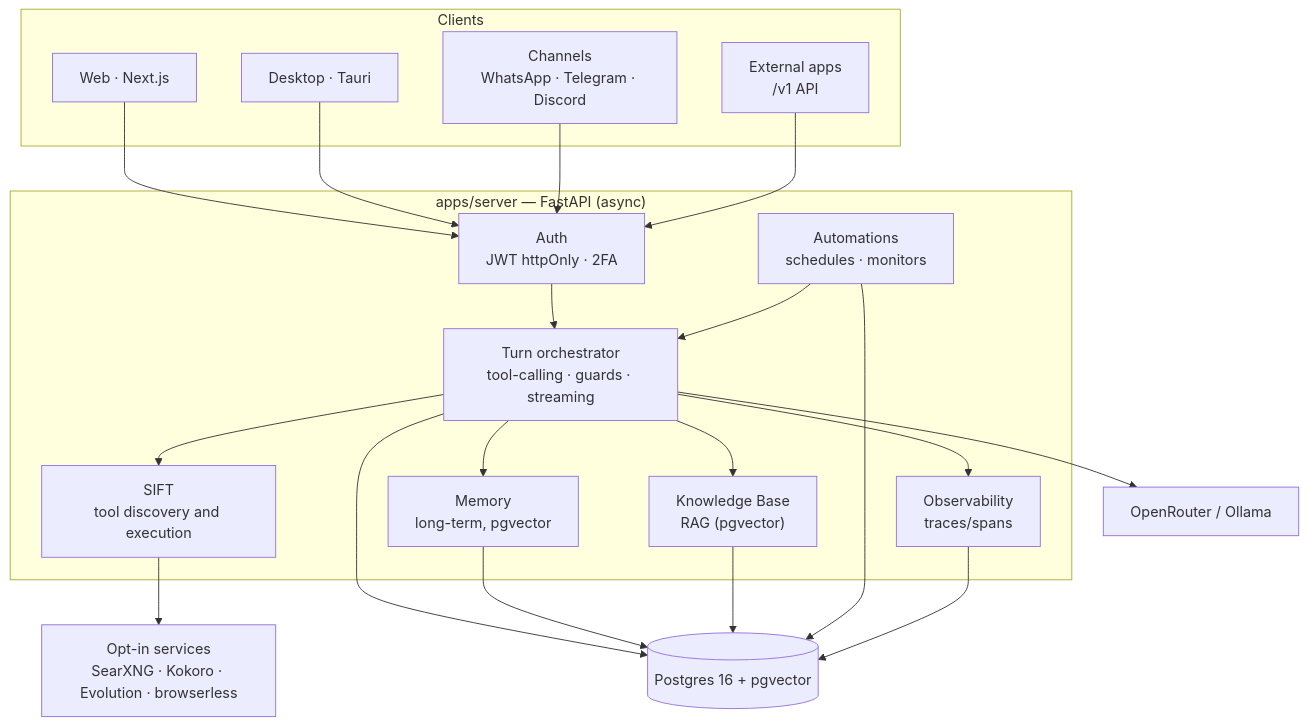
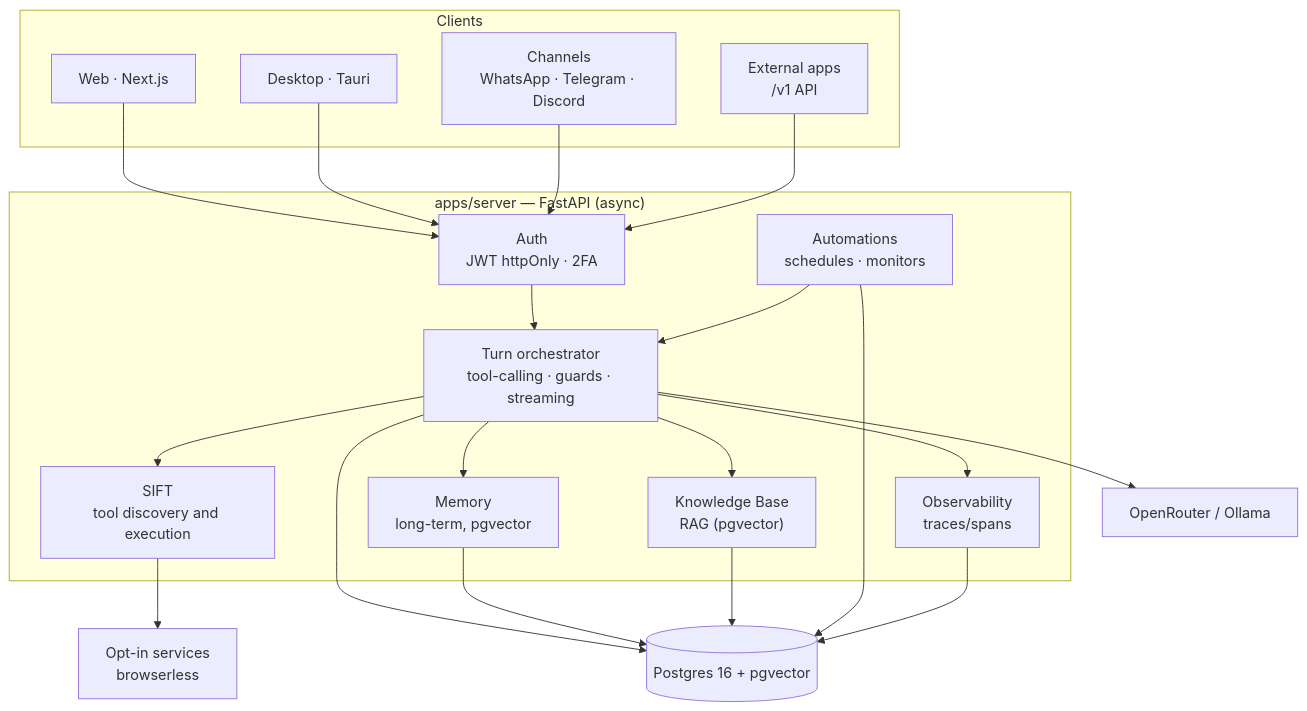
Before and after one commit to Victor-Alves0/AI-Workspace: the first of 2 diagrams in docs/architecture.md, drawn with Mermaid. The commit also changed other lines of this file and 5 other files, not shown here.

Commit message:
docs: remove SearXNG/Kokoro/Evolution dos serviços; updater e voz/WhatsApp embutidos

````diff
--- a/docs/architecture.md
+++ b/docs/architecture.md
@@ -9,30 +9,30 @@
 ```mermaid
 flowchart TB
     subgraph Clients
         W["Web · Next.js"]
         D["Desktop · Tauri"]
         CH["Channels<br/>WhatsApp · Telegram · Discord"]
         API["External apps<br/>/v1 API"]
     end
 
     subgraph Server["apps/server — FastAPI (async)"]
         AUTH["Auth<br/>JWT httpOnly · 2FA"]
         ORQ["Turn orchestrator<br/>tool-calling · guards · streaming"]
         SIFT["SIFT<br/>tool discovery and execution"]
         MEM["Memory<br/>long-term, pgvector"]
         RAG["Knowledge Base<br/>RAG (pgvector)"]
         AUTO["Automations<br/>schedules · monitors"]
         OBS["Observability<br/>traces/spans"]
     end
 
     DB[("Postgres 16 + pgvector")]
     OR["OpenRouter / Ollama"]
-    EXT["Opt-in services<br/>SearXNG · Kokoro · Evolution · browserless"]
+    EXT["Opt-in services<br/>browserless"]
 
     W & D & CH & API --> AUTH --> ORQ
     ORQ --> SIFT & MEM & RAG & OBS
     ORQ --> OR
     SIFT --> EXT
     AUTO --> ORQ
     ORQ & MEM & RAG & AUTO & OBS --> DB
 ```
````
